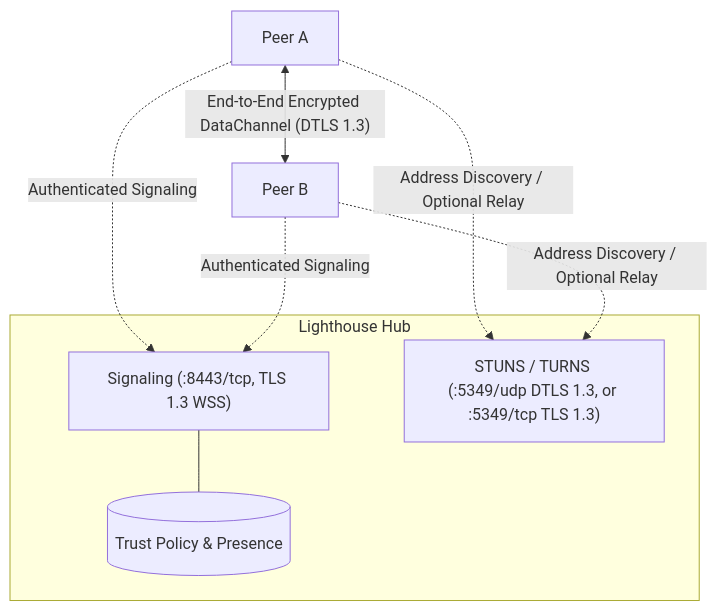
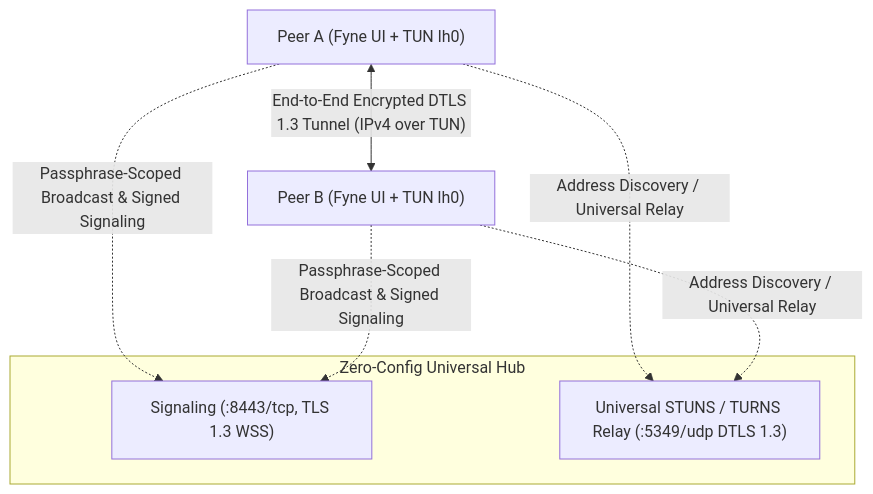
The diagram in README.md (ParkSnoopy/lighthouse-in-snoo), drawn with Mermaid before and after one commit. The commit also changed other lines of this file and 57 other files, not shown here.

````diff
--- a/README.md
+++ b/README.md
@@ -7,16 +9,14 @@
 ```mermaid
 flowchart TB
-    subgraph Hub["Lighthouse Hub"]
+    subgraph Hub["Zero-Config Universal Hub"]
         S["Signaling (:8443/tcp, TLS 1.3 WSS)"]
-        T["STUNS / TURNS (:5349/udp DTLS 1.3, or :5349/tcp TLS 1.3)"]
-        P[("Trust Policy & Presence")]
-        S --- P
+        R["Universal STUNS / TURNS Relay (:5349/udp DTLS 1.3)"]
     end
-    A["Peer A"]
-    B["Peer B"]
-    A -. "Authenticated Signaling" .-> S
-    B -. "Authenticated Signaling" .-> S
-    A -. "Address Discovery / Optional Relay" .-> T
-    B -. "Address Discovery / Optional Relay" .-> T
-    A <-->|"End-to-End Encrypted DataChannel (DTLS 1.3)"| B
+    A["Peer A (Fyne UI + TUN lh0)"]
+    B["Peer B (Fyne UI + TUN lh0)"]
+    A -. "Passphrase-Scoped Broadcast & Signed Signaling" .-> S
+    B -. "Passphrase-Scoped Broadcast & Signed Signaling" .-> S
+    A -. "Address Discovery / Universal Relay" .-> R
+    B -. "Address Discovery / Universal Relay" .-> R
+    A <-->|"End-to-End Encrypted DTLS 1.3 Tunnel (IPv4 over TUN)"| B
 ```
````
